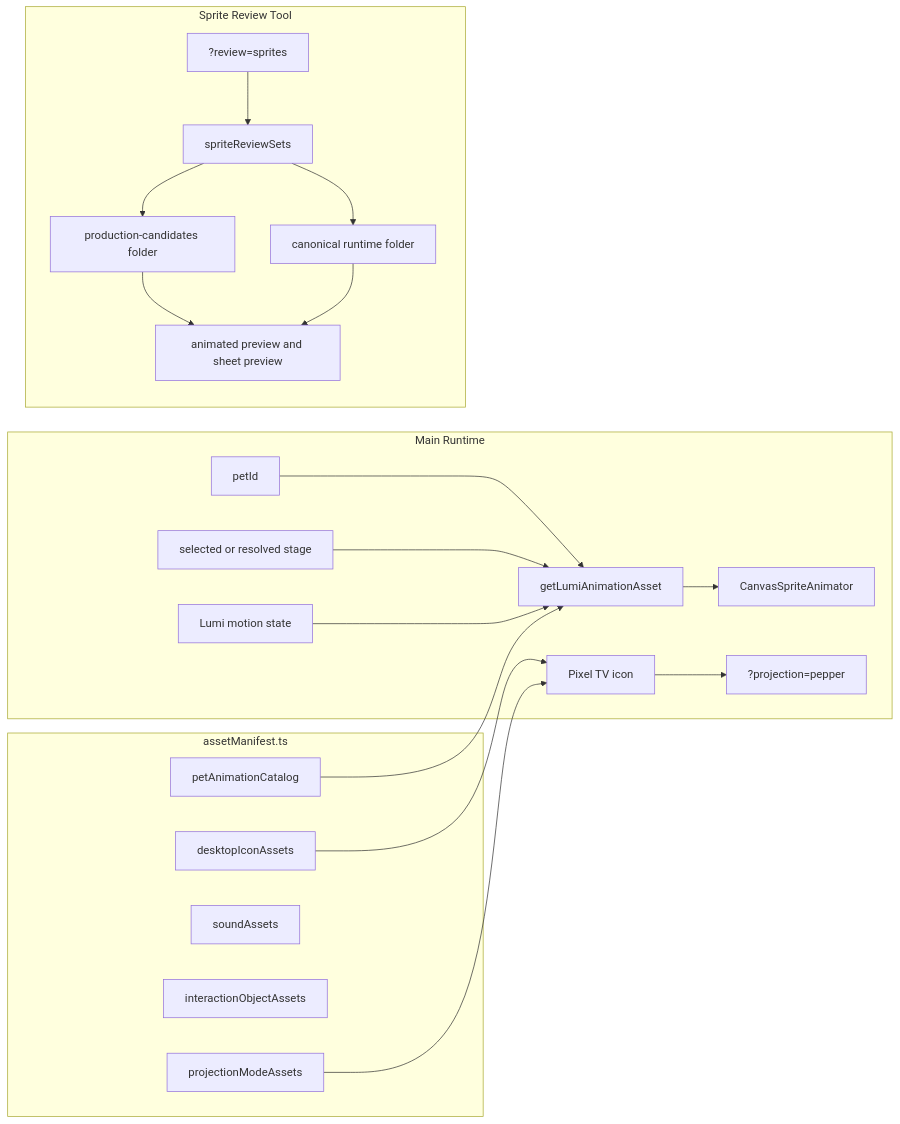
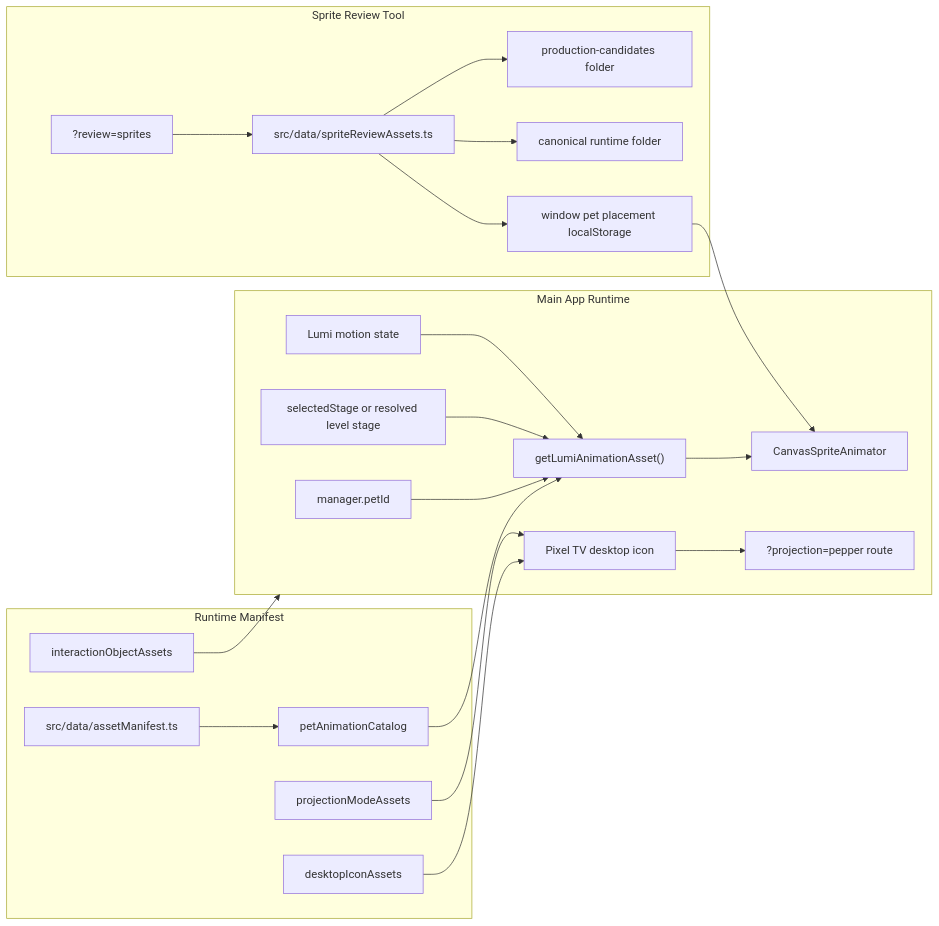
The fifth of 5 diagrams in docs/architecture-data-flow.md (Mureung1/hub-showcase), drawn with Mermaid before and after one commit. The commit also changed other lines of this file and 63 other files, not shown here.

Commit message:
Connect manager runtime and reward systems

````diff
--- a/docs/architecture-data-flow.md
+++ b/docs/architecture-data-flow.md
@@ -250,42 +287,44 @@
 ```mermaid
 flowchart LR
-  subgraph Manifest["assetManifest.ts"]
+  subgraph Manifest["Runtime Manifest"]
+    AssetManifest["src/data/assetManifest.ts"]
     PetCatalog["petAnimationCatalog"]
     Icons["desktopIconAssets"]
-    Sounds["soundAssets"]
     Interactions["interactionObjectAssets"]
     Projection["projectionModeAssets"]
   end
 
-  subgraph Runtime["Main Runtime"]
-    PetId["petId"]
-    Stage["selected or resolved stage"]
+  subgraph Runtime["Main App Runtime"]
+    PetId["manager.petId"]
+    Stage["selectedStage or resolved level stage"]
     Motion["Lumi motion state"]
-    GetAsset["getLumiAnimationAsset"]
+    GetAsset["getLumiAnimationAsset()"]
     Canvas["CanvasSpriteAnimator"]
-    PixelTV["Pixel TV icon"]
-    Pepper["?projection=pepper"]
+    PixelIcon["Pixel TV desktop icon"]
+    Pepper["?projection=pepper route"]
   end
 
   subgraph Review["Sprite Review Tool"]
     ReviewRoute["?review=sprites"]
-    ReviewSets["spriteReviewSets"]
-    CandidateFolder["production-candidates folder"]
-    CanonicalFolder["canonical runtime folder"]
-    Preview["animated preview and sheet preview"]
+    ReviewSets["src/data/spriteReviewAssets.ts"]
+    Candidate["production-candidates folder"]
+    Canonical["canonical runtime folder"]
+    Placement["window pet placement localStorage"]
   end
 
+  AssetManifest --> PetCatalog
   PetCatalog --> GetAsset
   PetId --> GetAsset
   Stage --> GetAsset
   Motion --> GetAsset
   GetAsset --> Canvas
-  Icons --> PixelTV
-  Projection --> PixelTV
-  PixelTV --> Pepper
+  Icons --> PixelIcon
+  Projection --> PixelIcon
+  PixelIcon --> Pepper
   ReviewRoute --> ReviewSets
-  ReviewSets --> CandidateFolder
-  ReviewSets --> CanonicalFolder
-  CandidateFolder --> Preview
-  CanonicalFolder --> Preview
+  ReviewSets --> Candidate
+  ReviewSets --> Canonical
+  ReviewSets --> Placement
+  Placement --> Canvas
+  Interactions --> Runtime
 ```
````
